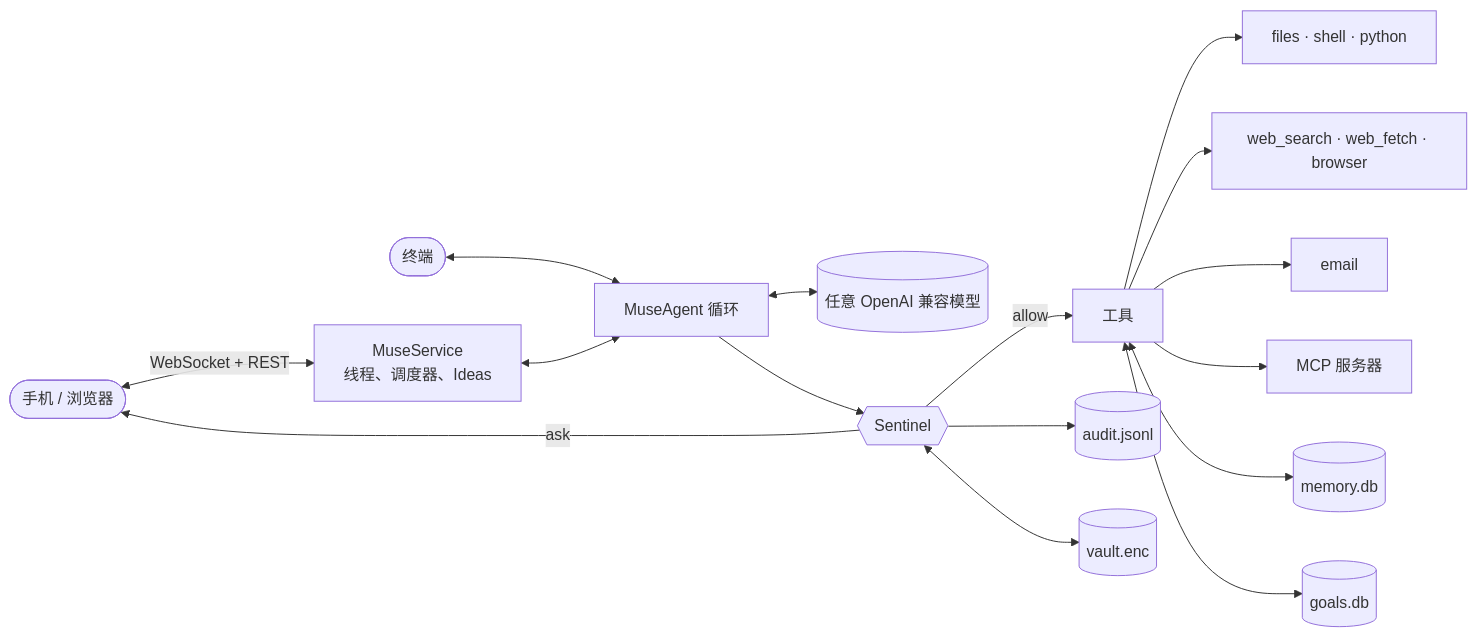
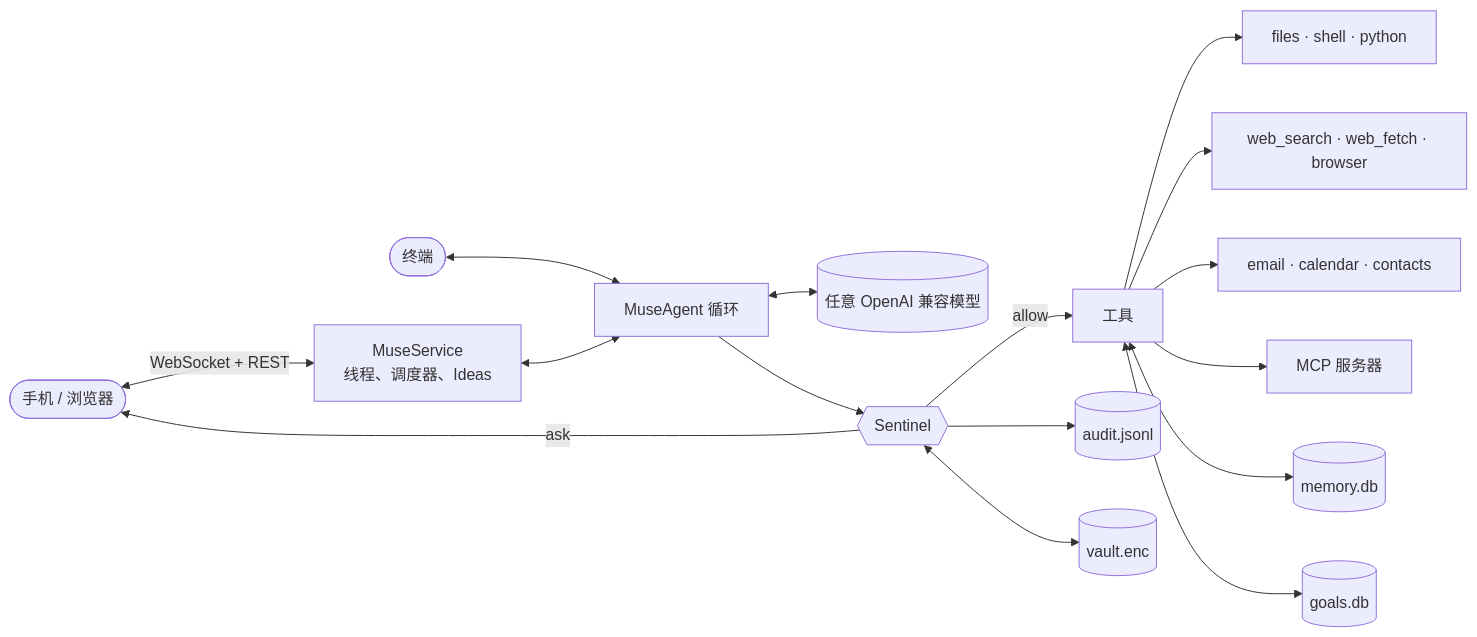
Before and after one commit to ArthurLemaire/CypherOS: the diagram in README_zh.md, drawn with Mermaid. The commit also changed other lines of this file and 32 other files, not shown here.

````diff
--- a/README_zh.md
+++ b/README_zh.md
@@ -182,18 +182,18 @@
 ```mermaid
 flowchart LR
     P([手机 / 浏览器]) <-- WebSocket + REST --> S[MuseService<br/>线程、调度器、Ideas]
     C([终端]) <--> A
     S <--> A[MuseAgent 循环]
     A <--> LLM[(任意 OpenAI 兼容模型)]
     A --> G{{Sentinel}}
     G -- allow --> T[工具]
     G -- ask --> P
     G --> AU[(audit.jsonl)]
     G <--> V[(vault.enc)]
     T --> F[files · shell · python]
     T --> W[web_search · web_fetch · browser]
-    T --> E[email]
+    T --> E[email · calendar · contacts]
     T --> MCP[MCP 服务器]
     T <--> M[(memory.db)]
     T <--> GO[(goals.db)]
 ```
````
